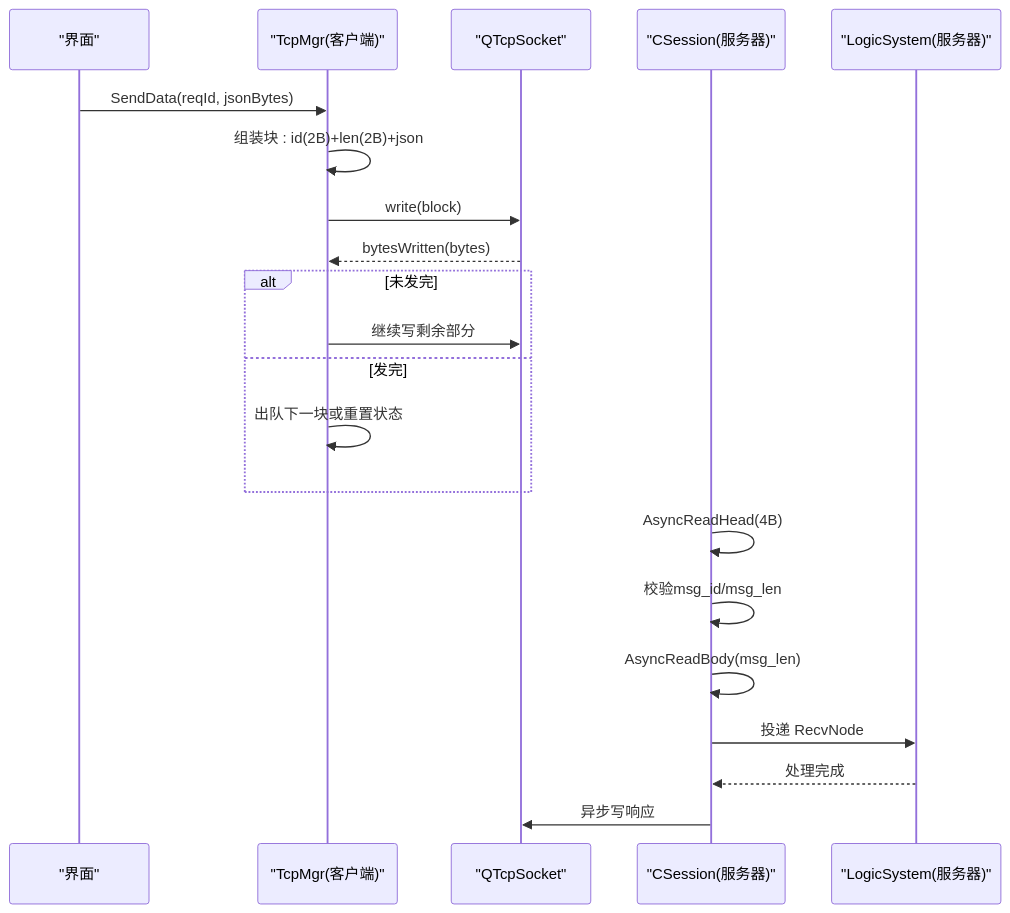
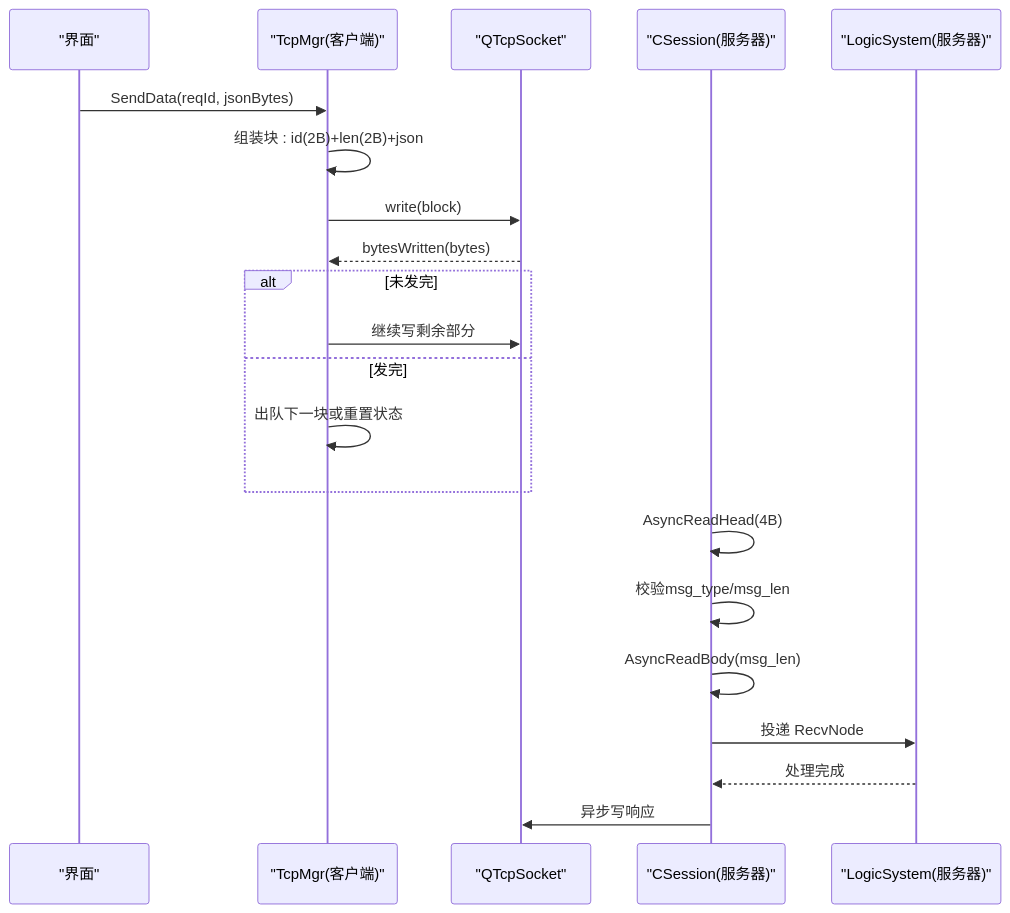
The third of 11 diagrams in .qoder/repowiki/zh/content/API参考/消息协议格式.md (echo9923/mychatter), drawn with Mermaid before and after one commit. The commit also changed other lines of this file and 128 other files, not shown here.

First line of the commit message:
refactor(protocol): TCP 帧头消息类型 msg_id 全局改名为 msg_type

````diff
--- a/.qoder/repowiki/zh/content/API参考/消息协议格式.md
+++ b/.qoder/repowiki/zh/content/API参考/消息协议格式.md
@@ -115,23 +115,23 @@
 ```mermaid
 sequenceDiagram
 participant UI as "界面"
 participant TM as "TcpMgr(客户端)"
 participant SO as "QTcpSocket"
 participant CS as "CSession(服务器)"
 participant LS as "LogicSystem(服务器)"
 UI->>TM : SendData(reqId, jsonBytes)
 TM->>TM : 组装块 : id(2B)+len(2B)+json
 TM->>SO : write(block)
 SO-->>TM : bytesWritten(bytes)
 alt 未发完
 TM->>SO : 继续写剩余部分
 else 发完
 TM->>TM : 出队下一块或重置状态
 end
 CS->>CS : AsyncReadHead(4B)
-CS->>CS : 校验msg_id/msg_len
+CS->>CS : 校验msg_type/msg_len
 CS->>CS : AsyncReadBody(msg_len)
 CS->>LS : 投递 RecvNode
 LS-->>CS : 处理完成
 CS->>SO : 异步写响应
 ```
````
